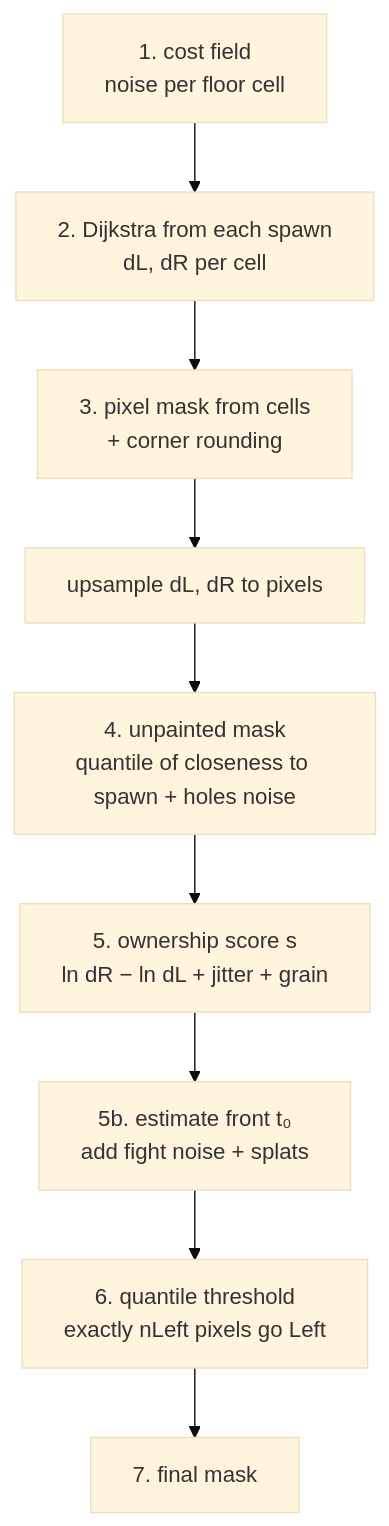
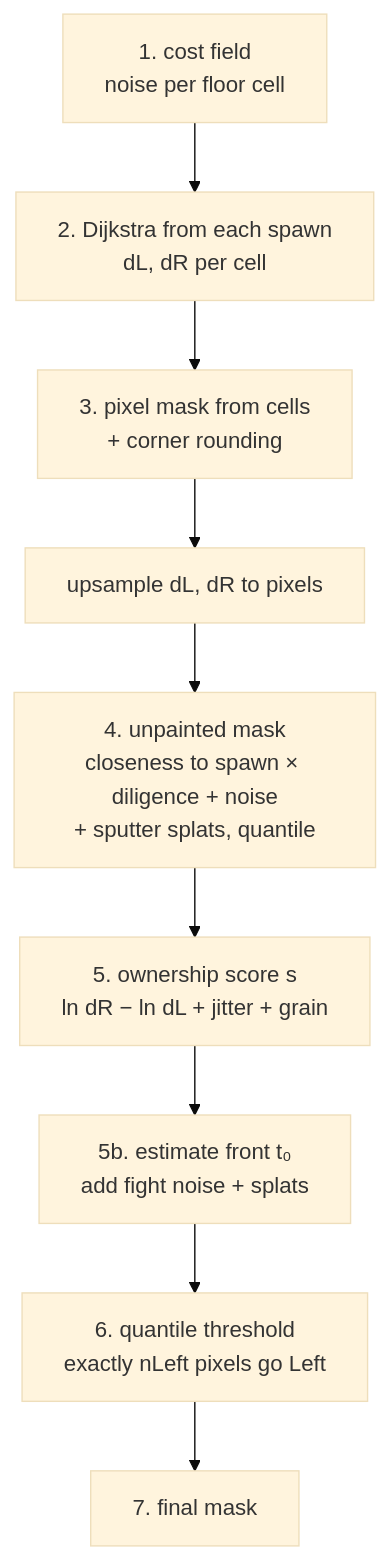
One commit to Superachi/TurfGuess changed the second of 2 diagrams in docs/DEVELOPER_GUIDE.md. Above: the diagram before and after it, drawn with Mermaid (base theme). The commit also changed other lines of this file and 10 other files, not shown here.

````diff
--- a/docs/DEVELOPER_GUIDE.md
+++ b/docs/DEVELOPER_GUIDE.md
@@ -128,11 +128,11 @@
 ```mermaid
 flowchart TD
     A[1. cost field<br/>noise per floor cell] --> B[2. Dijkstra from each spawn<br/>dL, dR per cell]
     B --> C[3. pixel mask from cells<br/>+ corner rounding]
     C --> D[upsample dL, dR to pixels]
-    D --> E[4. unpainted mask<br/>quantile of closeness to spawn + holes noise]
+    D --> E[4. unpainted mask<br/>closeness to spawn × diligence + noise<br/>+ sputter splats, quantile]
     E --> F[5. ownership score s<br/>ln dR − ln dL + jitter + grain]
     F --> G[5b. estimate front t₀<br/>add fight noise + splats]
     G --> H[6. quantile threshold<br/>exactly nLeft pixels go Left]
     H --> I[7. final mask]
 ```
````
